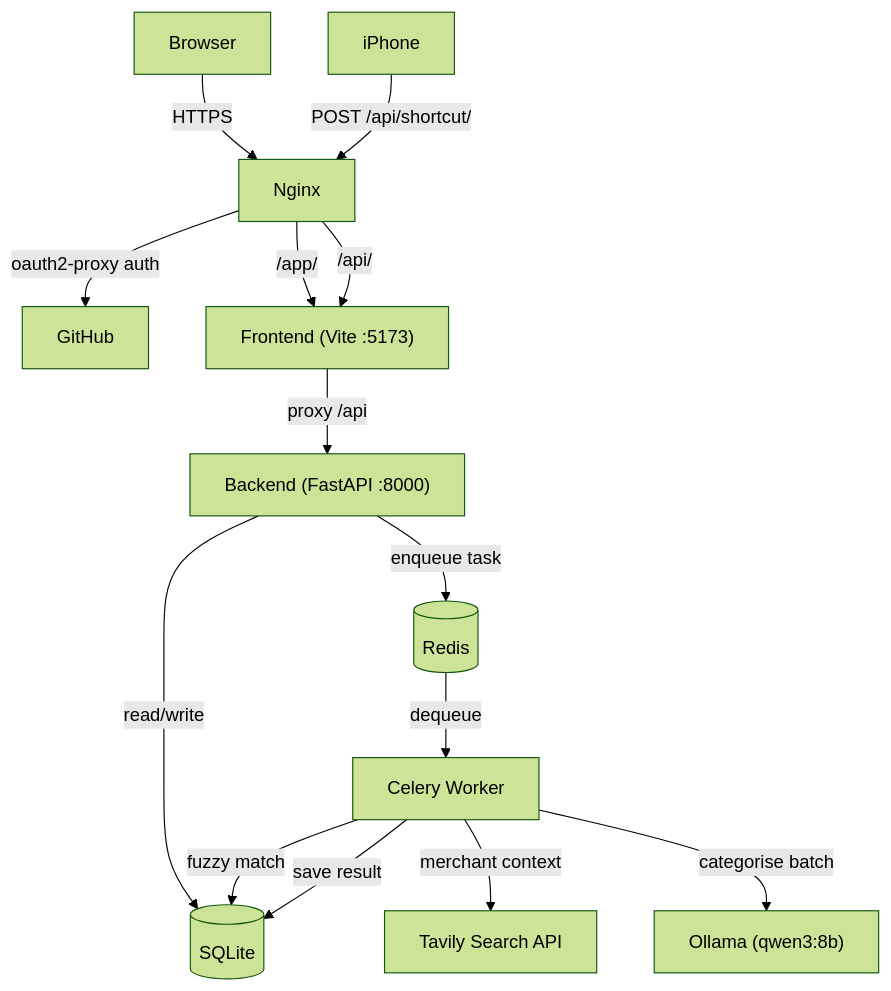
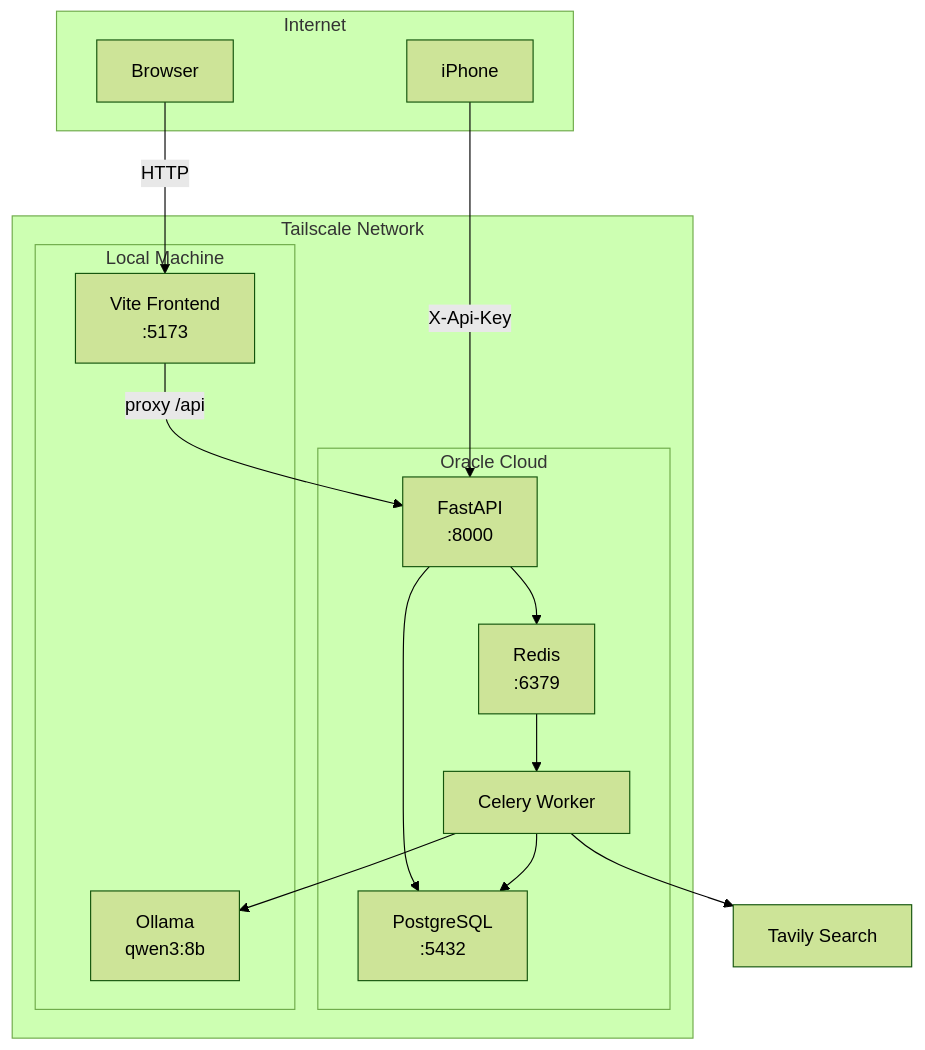
The diagram in README.md (thethomasam/budget-y), drawn with Mermaid (forest theme) before and after one commit. The commit also changed other lines of this file and 1 other file, not shown here.

Commit message:
update readme with architecture diagram and distributed deployment docs

````diff
--- a/README.md
+++ b/README.md
@@ -22,18 +32,33 @@
 ```mermaid
-graph TD
-    Browser -->|HTTPS| Nginx
-    iPhone -->|POST /api/shortcut/| Nginx
-    Nginx -->|oauth2-proxy auth| GitHub
-    Nginx -->|/app/| Vite["Frontend (Vite :5173)"]
-    Nginx -->|/api/| Vite
-    Vite -->|proxy /api| FastAPI["Backend (FastAPI :8000)"]
+flowchart TB
+    subgraph internet["Internet"]
+        Browser
+        iPhone
+    end
 
-    FastAPI -->|read/write| SQLite[(SQLite)]
-    FastAPI -->|enqueue task| Redis[(Redis)]
-    Redis -->|dequeue| Celery["Celery Worker"]
+    subgraph tailscale["Tailscale Network"]
+        subgraph oracle["Oracle Cloud"]
+            Backend["FastAPI\n:8000"]
+            Celery["Celery Worker"]
+            Redis["Redis\n:6379"]
+            PostgreSQL["PostgreSQL\n:5432"]
+        end
 
-    Celery -->|fuzzy match| SQLite
-    Celery -->|merchant context| Tavily["Tavily Search API"]
-    Celery -->|categorise batch| Ollama["Ollama (qwen3:8b)"]
-    Celery -->|save result| SQLite
+        subgraph local["Local Machine"]
+            Frontend["Vite Frontend\n:5173"]
+            Ollama["Ollama\nqwen3:8b"]
+        end
+    end
+
+    Tavily["Tavily Search"]
+
+    Browser -->|"HTTP"| Frontend
+    iPhone -->|"X-Api-Key"| Backend
+    Frontend -->|"proxy /api"| Backend
+    Backend --> PostgreSQL
+    Backend --> Redis
+    Redis --> Celery
+    Celery --> Ollama
+    Celery --> Tavily
+    Celery --> PostgreSQL
 ```
````
